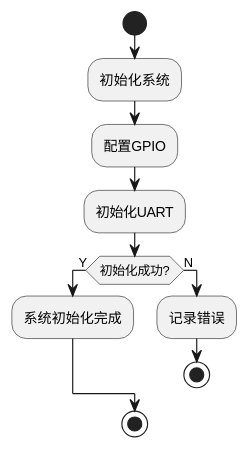
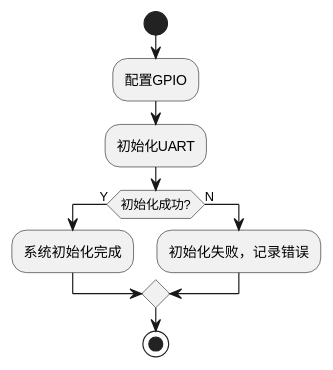
Before and after one commit to 510850111/ncdocgen: the diagram in README.md, drawn with PlantUML. The commit also changed other lines of this file and 5 other files, not shown here.

````diff
--- a/README.md
+++ b/README.md
@@ -112,15 +119,14 @@
 ```plantuml
 @startuml
 start
-:初始化系统;
 :配置GPIO;
 :初始化UART;
 if (初始化成功?) then (Y)
   :系统初始化完成;
 else (N)
-  :记录错误;
-  stop
+  :初始化失败，记录错误;
 endif
+
 stop
 @enduml
 ```
````
